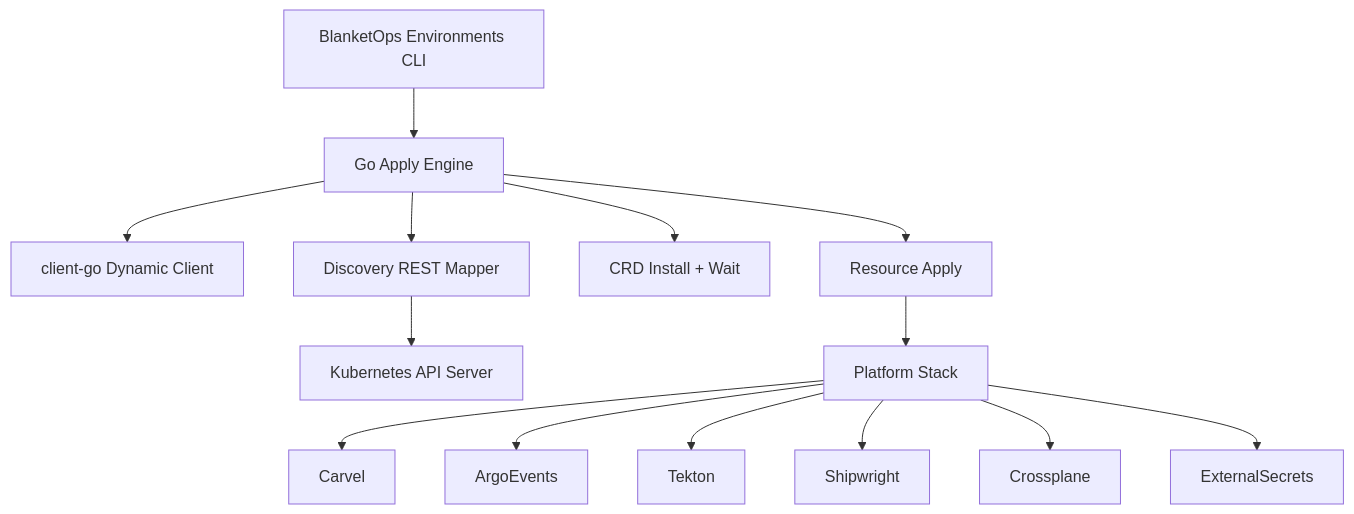
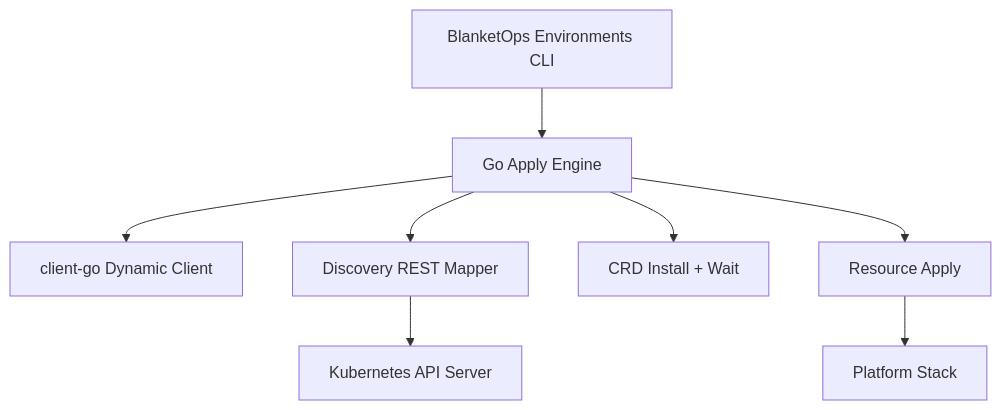
The first of 2 diagrams in README.md (blanketops/environments-cli), drawn with Mermaid before and after one commit. The commit also changed other lines of this file and 1 other file, not shown here.

````diff
--- a/README.md
+++ b/README.md
@@ -262,17 +61,10 @@
 ```mermaid
 flowchart TD
-    CLI[BlanketOps Environments CLI]
-    CLI --> Engine[Go Apply Engine]
+    CLI[BlanketOps Environments CLI] --> Engine[Go Apply Engine]
     Engine --> Client[client-go Dynamic Client]
     Engine --> Mapper[Discovery REST Mapper]
     Mapper --> API[Kubernetes API Server]
     Engine --> CRDs[CRD Install + Wait]
     Engine --> Resources[Resource Apply]
     Resources --> Platform[Platform Stack]
-    Platform --> Carvel
-    Platform --> ArgoEvents
-    Platform --> Tekton
-    Platform --> Shipwright
-    Platform --> Crossplane
-    Platform --> ExternalSecrets
 ```
````
